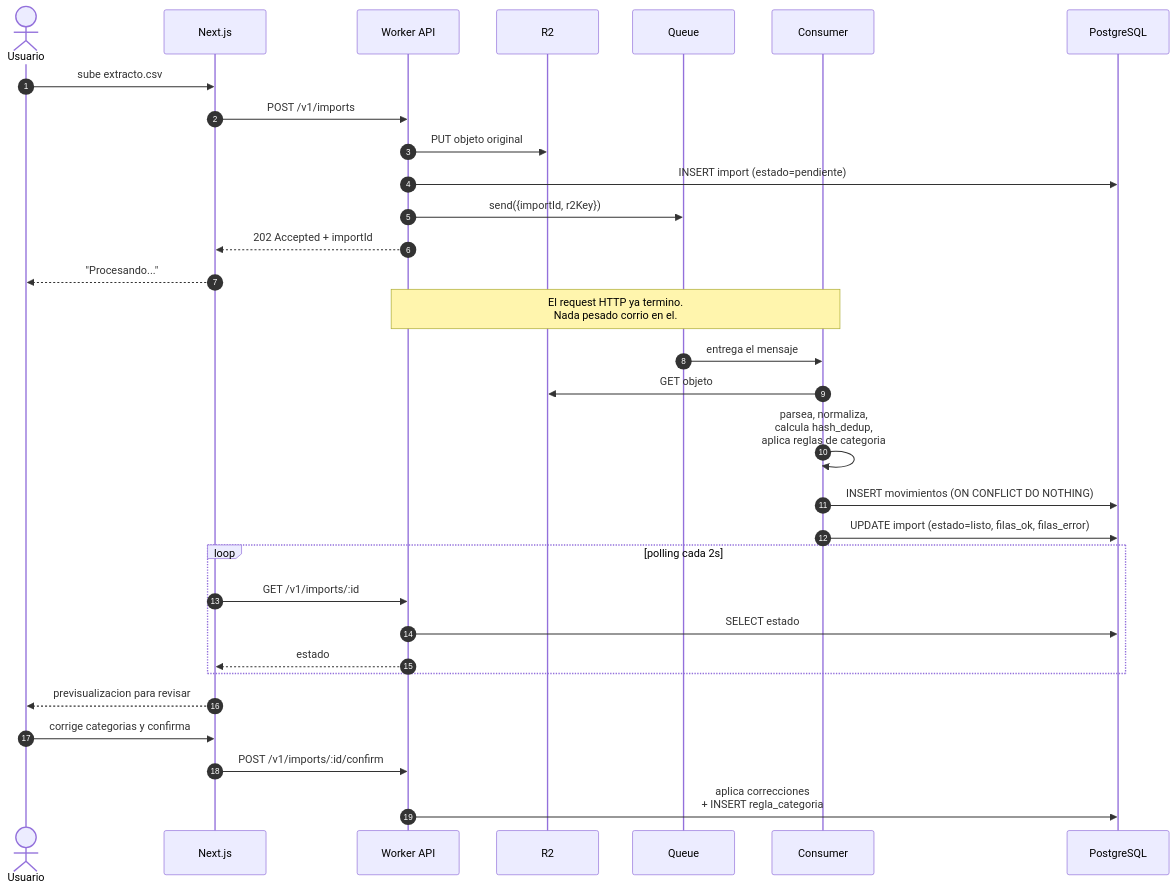
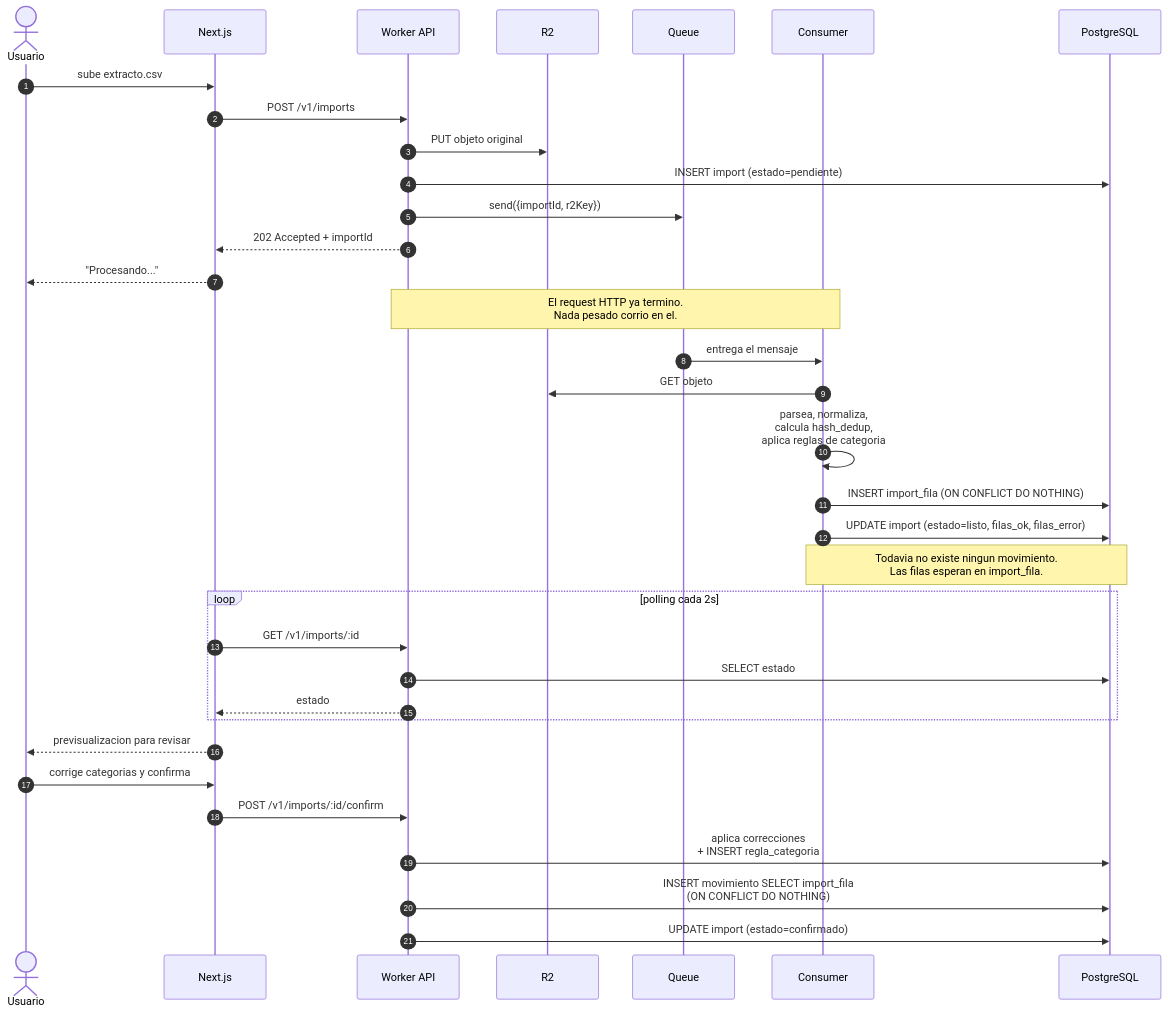
Before and after one commit to colosoler/Helpyme: the third of 5 diagrams in entregas-cloud/checkpoint-1/02-diagramas.md, drawn with Mermaid. The commit also changed other lines of this file and 3 other files, not shown here.

````diff
--- a/entregas-cloud/checkpoint-1/02-diagramas.md
+++ b/entregas-cloud/checkpoint-1/02-diagramas.md
@@ -106,38 +106,42 @@
 ```mermaid
 sequenceDiagram
     autonumber
     actor U as Usuario
     participant N as Next.js
     participant W as Worker API
     participant R as R2
     participant Q as Queue
     participant C as Consumer
     participant DB as PostgreSQL
 
     U->>N: sube extracto.csv
     N->>W: POST /v1/imports
     W->>R: PUT objeto original
     W->>DB: INSERT import (estado=pendiente)
     W->>Q: send({importId, r2Key})
     W-->>N: 202 Accepted + importId
     N-->>U: "Procesando..."
 
     Note over W,C: El request HTTP ya termino.<br/>Nada pesado corrio en el.
 
     Q->>C: entrega el mensaje
     C->>R: GET objeto
     C->>C: parsea, normaliza,<br/>calcula hash_dedup,<br/>aplica reglas de categoria
-    C->>DB: INSERT movimientos (ON CONFLICT DO NOTHING)
+    C->>DB: INSERT import_fila (ON CONFLICT DO NOTHING)
     C->>DB: UPDATE import (estado=listo, filas_ok, filas_error)
+
+    Note over C,DB: Todavia no existe ningun movimiento.<br/>Las filas esperan en import_fila.
 
     loop polling cada 2s
         N->>W: GET /v1/imports/:id
         W->>DB: SELECT estado
         W-->>N: estado
     end
 
     N-->>U: previsualizacion para revisar
     U->>N: corrige categorias y confirma
     N->>W: POST /v1/imports/:id/confirm
     W->>DB: aplica correcciones<br/>+ INSERT regla_categoria
+    W->>DB: INSERT movimiento SELECT import_fila<br/>(ON CONFLICT DO NOTHING)
+    W->>DB: UPDATE import (estado=confirmado)
 ```
````
